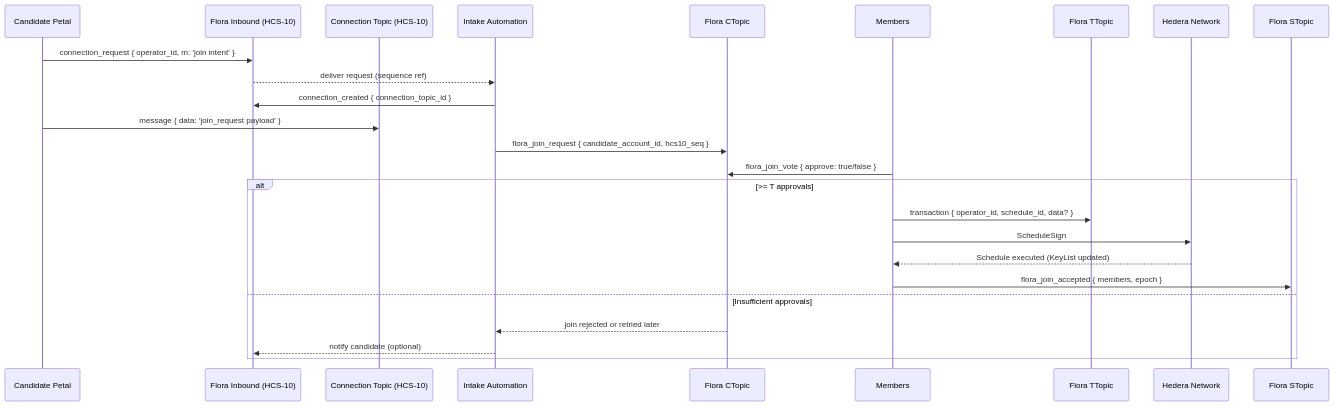
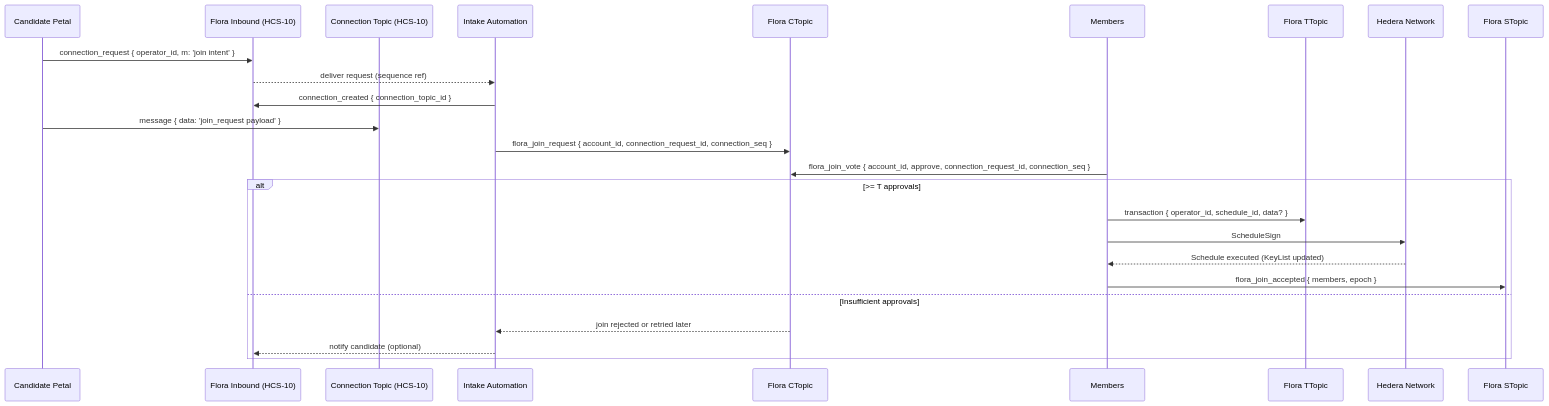
Before and after one commit to hashgraph-online/hcs-improvement-proposals: the second of 2 diagrams in docs/standards/hcs-16.md, drawn with Mermaid. The commit also changed other lines of this file, not shown here.

````diff
--- a/docs/standards/hcs-16.md
+++ b/docs/standards/hcs-16.md
@@ -500,29 +515,29 @@
 ```mermaid
 sequenceDiagram
     participant C as Candidate Petal
     participant HT as Flora Inbound (HCS-10)
     participant CTX as Connection Topic (HCS-10)
     participant IA as Intake Automation
     participant CT as Flora CTopic
     participant M as Members
     participant TT as Flora TTopic
     participant N as Hedera Network
     participant ST as Flora STopic
 
     C->>HT: connection_request { operator_id, m: 'join intent' }
     HT-->>IA: deliver request (sequence ref)
     IA->>HT: connection_created { connection_topic_id }
     C->>CTX: message { data: 'join_request payload' }
-    IA->>CT: flora_join_request { candidate_account_id, hcs10_seq }
-    M->>CT: flora_join_vote { approve: true/false }
+    IA->>CT: flora_join_request { account_id, connection_request_id, connection_seq }
+    M->>CT: flora_join_vote { account_id, approve, connection_request_id, connection_seq }
 
     alt >= T approvals
       M->>TT: transaction { operator_id, schedule_id, data? }
       M->>N: ScheduleSign
       N-->>M: Schedule executed (KeyList updated)
       M->>ST: flora_join_accepted { members, epoch }
     else Insufficient approvals
       CT-->>IA: join rejected or retried later
       IA-->>HT: notify candidate (optional)
     end
 ```
````
